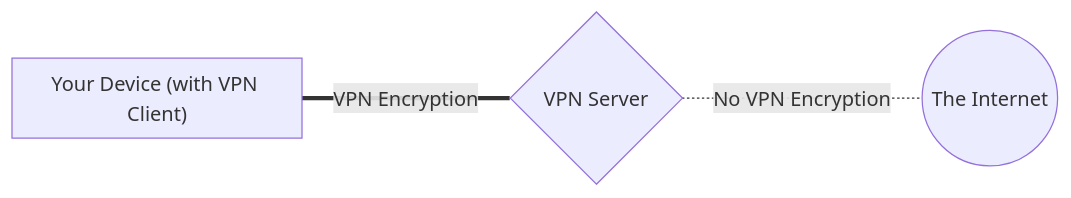
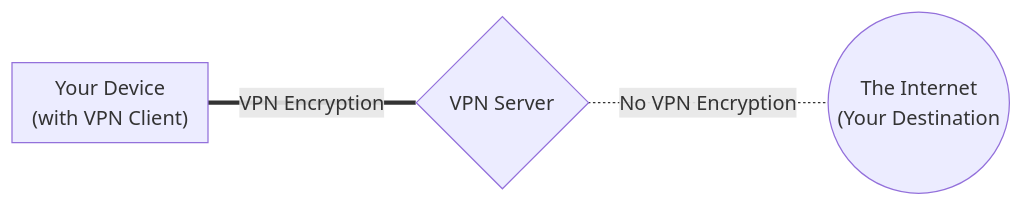
One commit to privacyguides/privacyguides.org changed the diagram in docs/basics/vpn-overview.md. Above: the diagram before and after it, drawn with Mermaid.

Commit message:
add divs

````diff
--- a/docs/basics/vpn-overview.md
+++ b/docs/basics/vpn-overview.md
@@ -25,7 +25,7 @@
 ``` mermaid
 flowchart LR
- 763931["Your Device (with VPN Client)"] ===|"VPN Encryption"| 404512{"VPN Server"}
- 404512 -.-|"No VPN Encryption"| 593753(("The Internet"))
- subgraph 763931["Your Device (with VPN Client)"]
+ 763931["Your Device<div>(with VPN Client)</div>"] ===|"VPN Encryption"| 404512{"VPN Server"}
+ 404512 -.-|"No VPN Encryption"| 593753(("The Internet<div>(Your Destination</div>"))
+ subgraph 763931["Your Device<div>(with VPN Client)</div>"]
  end
 ```
````
